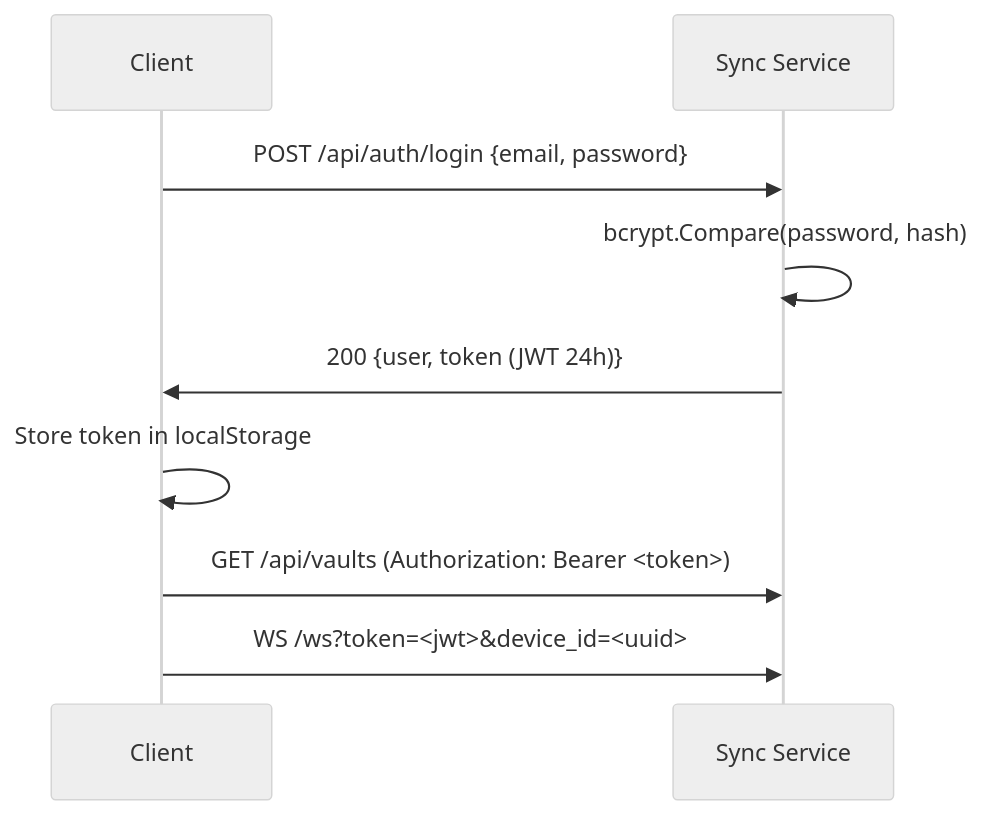
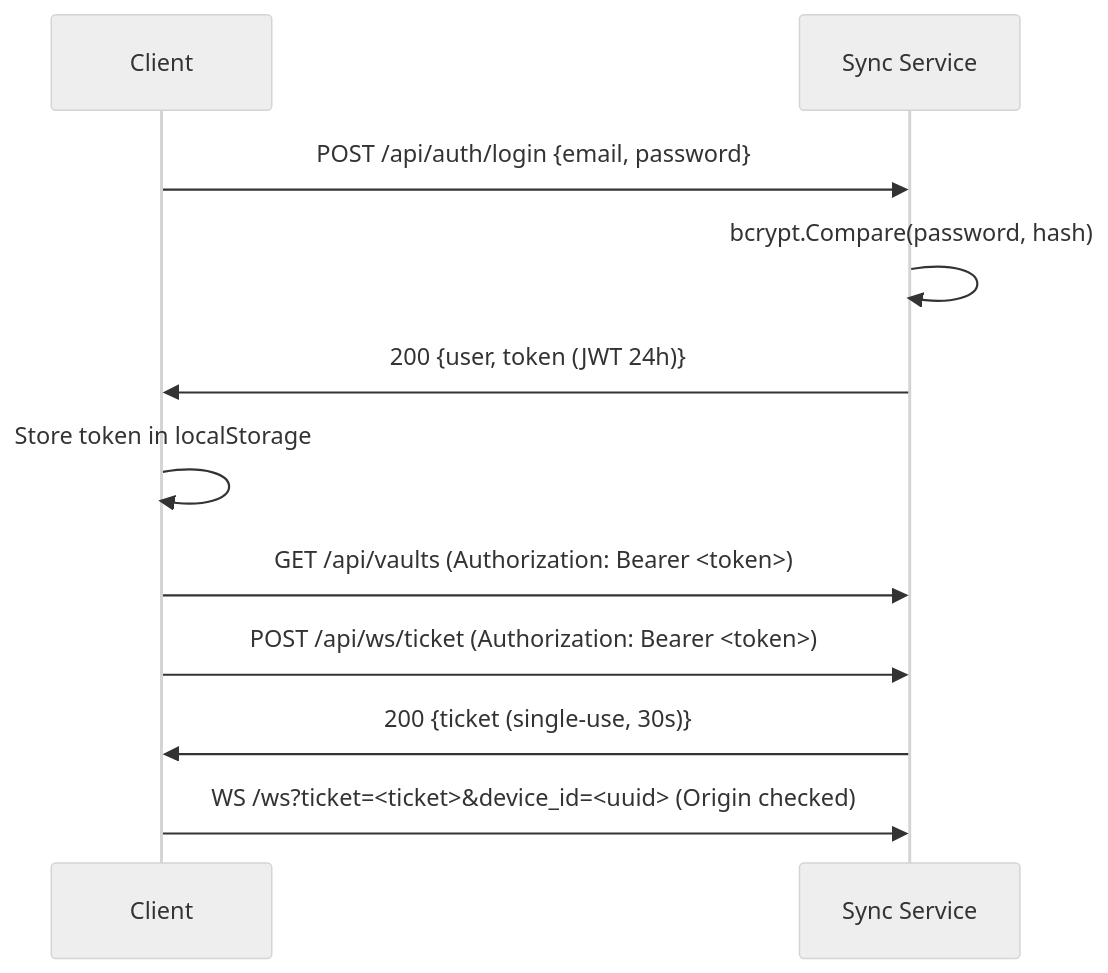
The third of 4 diagrams in docs/architecture.md (Tombomeke-Studios/NexusNotes), drawn with Mermaid (neutral theme) before and after one commit. The commit also changed 4 other files, not shown here.

First line of the commit message:
fix(sync): require a ticket and an allowed Origin for WebSocket connects

````diff
--- a/docs/architecture.md
+++ b/docs/architecture.md
@@ -109,12 +109,14 @@
 ```mermaid
 sequenceDiagram
     participant C as Client
     participant S as Sync Service
 
     C->>S: POST /api/auth/login {email, password}
     S->>S: bcrypt.Compare(password, hash)
     S->>C: 200 {user, token (JWT 24h)}
     C->>C: Store token in localStorage
     C->>S: GET /api/vaults (Authorization: Bearer <token>)
-    C->>S: WS /ws?token=<jwt>&device_id=<uuid>
+    C->>S: POST /api/ws/ticket (Authorization: Bearer <token>)
+    S->>C: 200 {ticket (single-use, 30s)}
+    C->>S: WS /ws?ticket=<ticket>&device_id=<uuid> (Origin checked)
 ```
````
